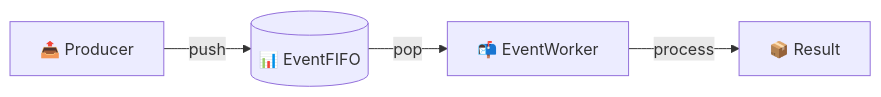
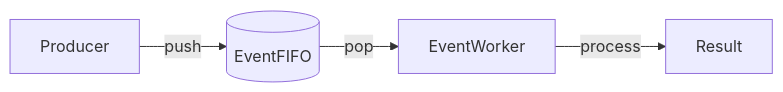
Before and after one commit to YearsAlso/zoo-framework-doc: the third of 7 diagrams in docs/zh/core/worker.md, drawn with Mermaid. The commit also changed other lines of this file and 24 other files, not shown here.

First line of the commit message:
docs(site): 站点正式化与内容严肃化，附 bench 报告截图

````diff
--- a/docs/zh/core/worker.md
+++ b/docs/zh/core/worker.md
@@ -189,6 +189,6 @@
 ```mermaid
 graph LR
-    A[📤 Producer] -->|push| B[(📊 EventFIFO)]
-    B -->|pop| C[📬 EventWorker]
-    C -->|process| D[📦 Result]
+    A[ Producer] -->|push| B[( EventFIFO)]
+    B -->|pop| C[ EventWorker]
+    C -->|process| D[ Result]
 ```
````
